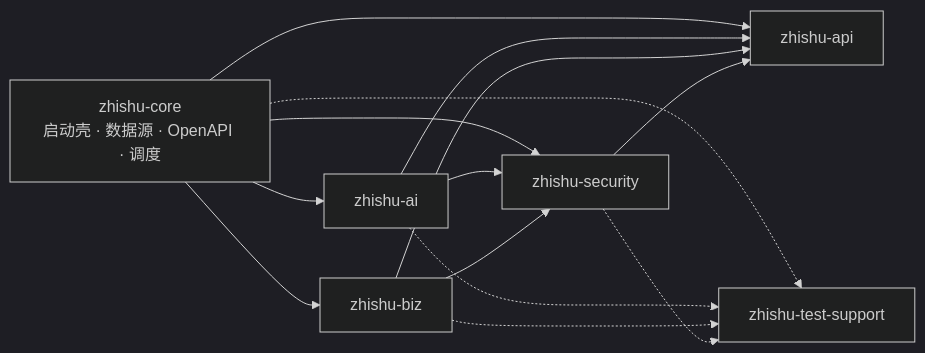
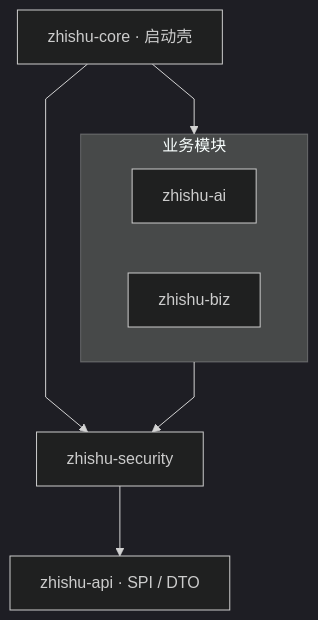
One commit to DataFutureX/zhishu-integrable-framework changed the second of 11 diagrams in zhishu-backend/README.md. Above: the diagram before and after it, drawn with Mermaid (dark theme). The commit also changed other lines of this file and 83 other files, not shown here.

````diff
--- a/zhishu-backend/README.md
+++ b/zhishu-backend/README.md
@@ -165,23 +165,19 @@
 ```mermaid
-flowchart LR
-  Core["zhishu-core<br/>启动壳 · 数据源 · OpenAPI · 调度"]
-  AIMod["zhishu-ai"]
-  Biz["zhishu-biz"]
+%%{init: {"flowchart": {"nodeSpacing": 50, "rankSpacing": 70, "curve": "linear"}}}%%
+flowchart TB
+  Core["zhishu-core · 启动壳"]
+
+  subgraph Apps["业务模块"]
+    direction LR
+    AIMod["zhishu-ai"]
+    Biz["zhishu-biz"]
+  end
+
   Sec["zhishu-security"]
-  Api["zhishu-api"]
-  Test["zhishu-test-support"]
+  Api["zhishu-api · SPI / DTO"]
 
-  Core --> AIMod
-  Core --> Biz
+  Core --> Apps
   Core --> Sec
-  Core --> Api
-  AIMod --> Sec
-  AIMod --> Api
-  Biz --> Sec
-  Biz --> Api
+  Apps --> Sec
   Sec --> Api
-  Core -.-> Test
-  AIMod -.-> Test
-  Biz -.-> Test
-  Sec -.-> Test
 ```
````
